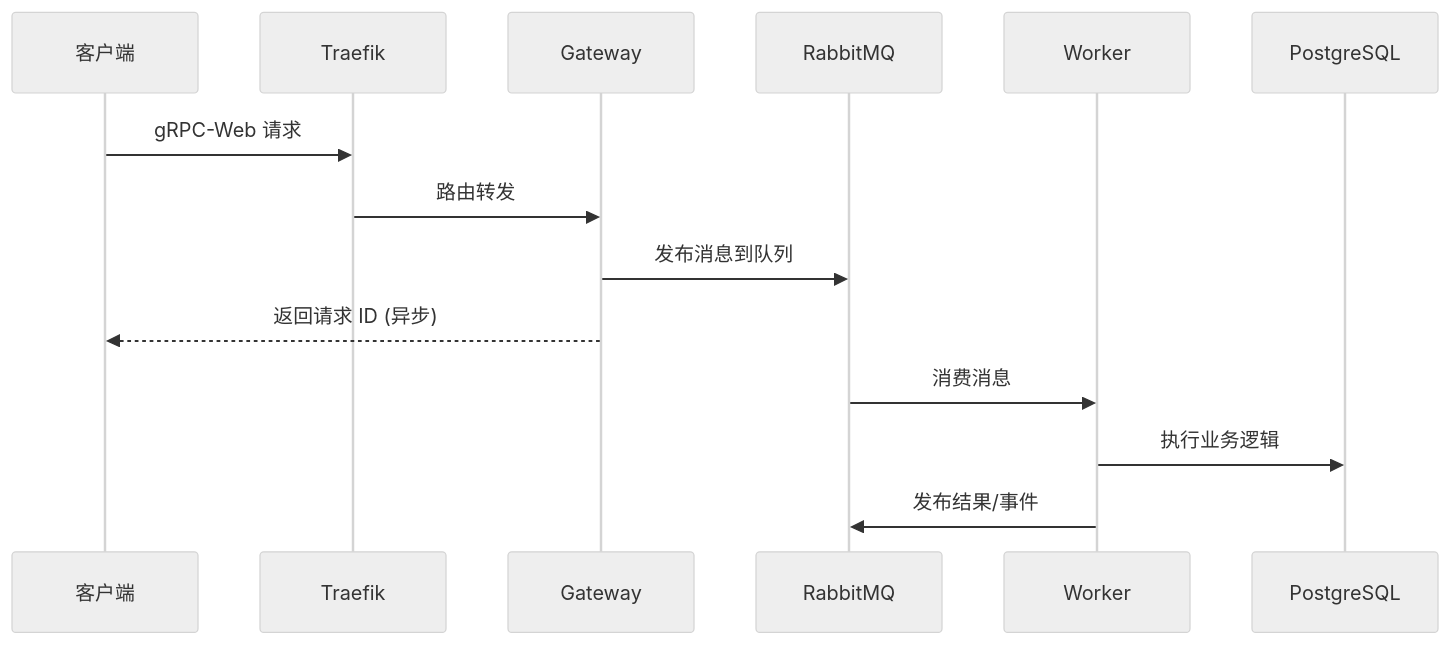
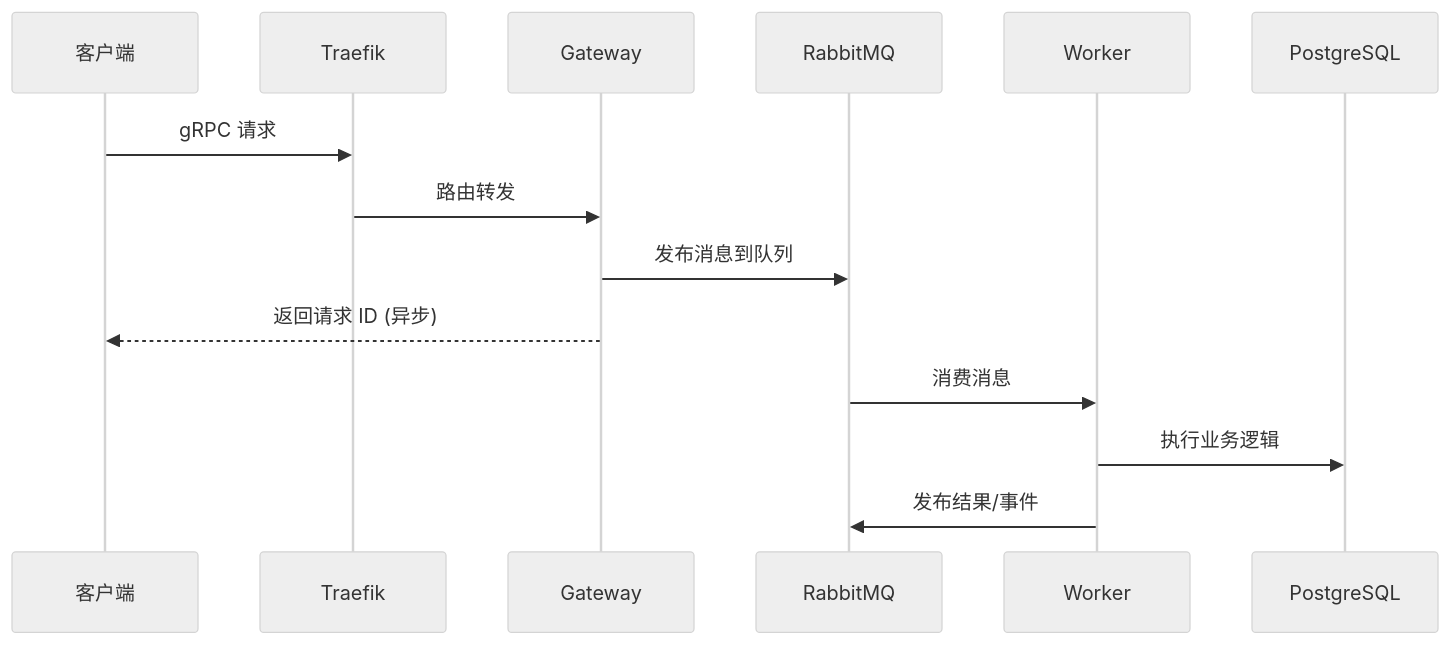
The third of 4 diagrams in docs/架构梳理.md (funcdfs/lesser), drawn with Mermaid (neutral theme) before and after one commit. The commit also changed other lines of this file and 37 other files, not shown here.

````diff
--- a/docs/架构梳理.md
+++ b/docs/架构梳理.md
@@ -377,18 +379,18 @@
 ```mermaid
 sequenceDiagram
     participant Client as 客户端
     participant Traefik as Traefik
     participant Gateway as Gateway
     participant MQ as RabbitMQ
     participant Worker as Worker
     participant DB as PostgreSQL
 
-    Client->>Traefik: gRPC-Web 请求
+    Client->>Traefik: gRPC 请求
     Traefik->>Gateway: 路由转发
     Gateway->>MQ: 发布消息到队列
     Gateway-->>Client: 返回请求 ID (异步)
     
     MQ->>Worker: 消费消息
     Worker->>DB: 执行业务逻辑
     Worker->>MQ: 发布结果/事件
 ```
````
